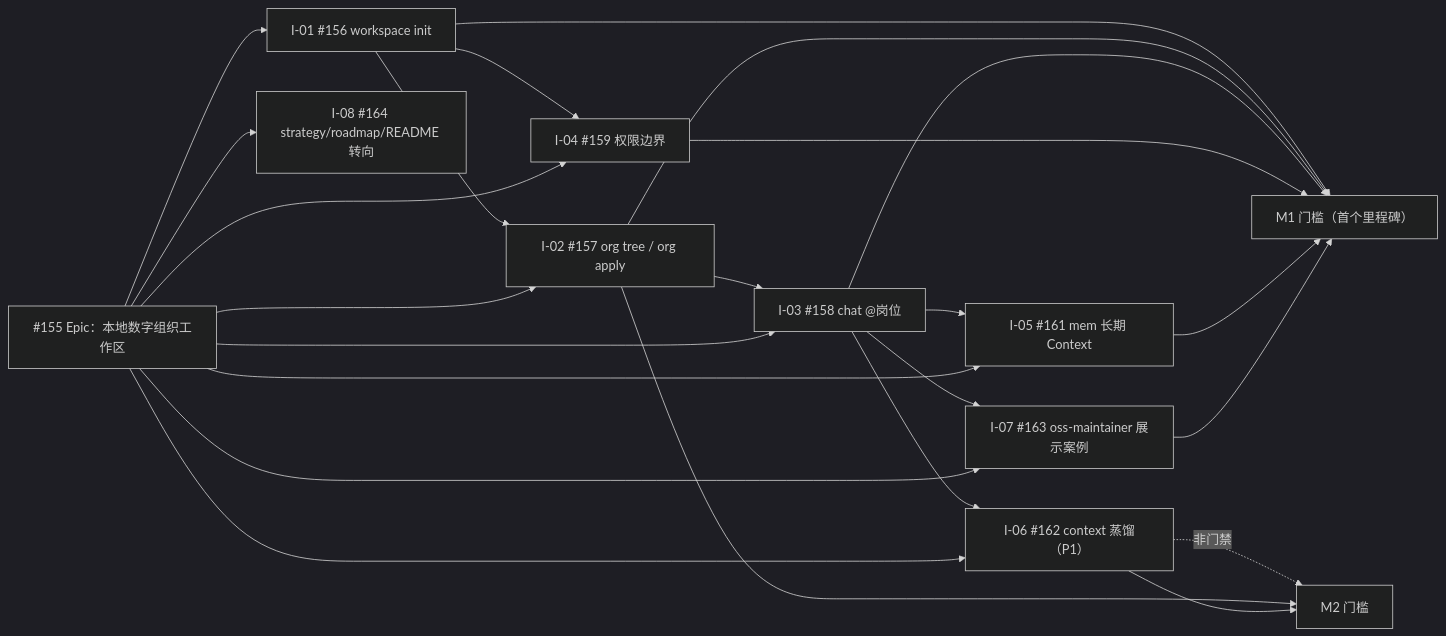
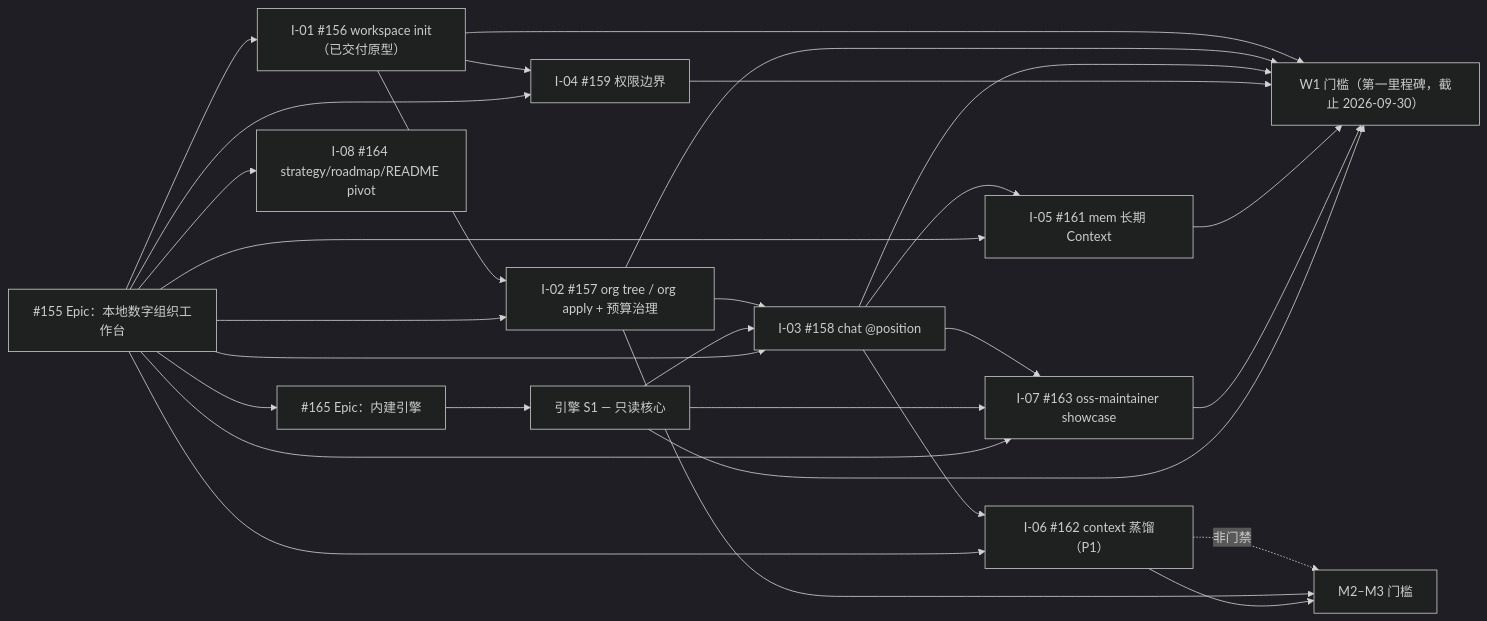
Before and after one commit to bytefolk/digital-employee: the diagram in docs/roadmap.zh-CN.md, drawn with Mermaid (dark theme). The commit also changed other lines of this file and 7 other files, not shown here.

Commit message:
docs(strategy): pivot strategy/roadmap/README to workspace mainline (#164)

````diff
--- a/docs/roadmap.zh-CN.md
+++ b/docs/roadmap.zh-CN.md
@@ -27,28 +32,34 @@
 ```mermaid
 flowchart LR
-  E155["#155 Epic：本地数字组织工作区"]
+  E155["#155 Epic：本地数字组织工作台"]
+  E165["#165 Epic：内建引擎"]
 
-  I01["I-01 #156 workspace init"] --> I02["I-02 #157 org tree / org apply"]
-  I02 --> I03["I-03 #158 chat @岗位"]
+  I01["I-01 #156 workspace init（已交付原型）"] --> I02["I-02 #157 org tree / org apply + 预算治理"]
+  I02 --> I03["I-03 #158 chat @position"]
   I01 --> I04["I-04 #159 权限边界"]
   I03 --> I05["I-05 #161 mem 长期 Context"]
   I03 --> I06["I-06 #162 context 蒸馏（P1）"]
-  I03 --> I07["I-07 #163 oss-maintainer 展示案例"]
+  I03 --> I07["I-07 #163 oss-maintainer showcase"]
+  S1["引擎 S1 — 只读核心"] --> I03
+  S1 --> I07
   E155 --> I01
   E155 --> I02
   E155 --> I03
   E155 --> I04
   E155 --> I05
   E155 --> I06
   E155 --> I07
-  E155 --> I08["I-08 #164 strategy/roadmap/README 转向"]
-  I01 --> M1G["M1 门槛（首个里程碑）"]
-  I02 --> M1G
-  I03 --> M1G
-  I04 --> M1G
-  I05 --> M1G
-  I07 --> M1G
-  I06 -. 非门禁 .-> M2G["M2 门槛"]
+  E155 --> I08["I-08 #164 strategy/roadmap/README pivot"]
+  E155 --> E165
+  E165 --> S1
+  I01 --> W1G["W1 门槛（第一里程碑，截止 2026-09-30）"]
+  I02 --> W1G
+  I03 --> W1G
+  I04 --> W1G
+  I05 --> W1G
+  I07 --> W1G
+  S1 --> W1G
+  I06 -. 非门禁 .-> M2G["M2–M3 门槛"]
   I02 --> M2G
   I06 --> M2G
 ```
````
